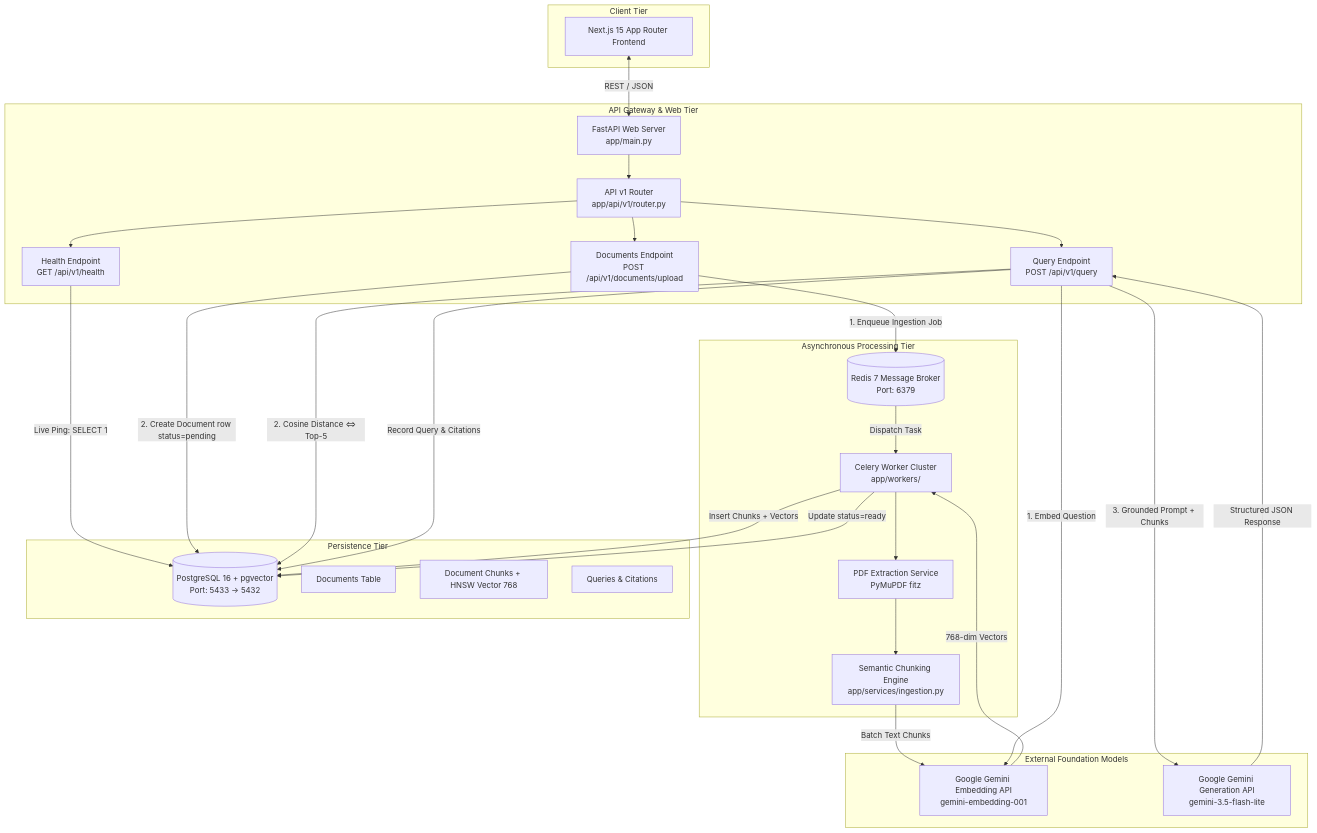
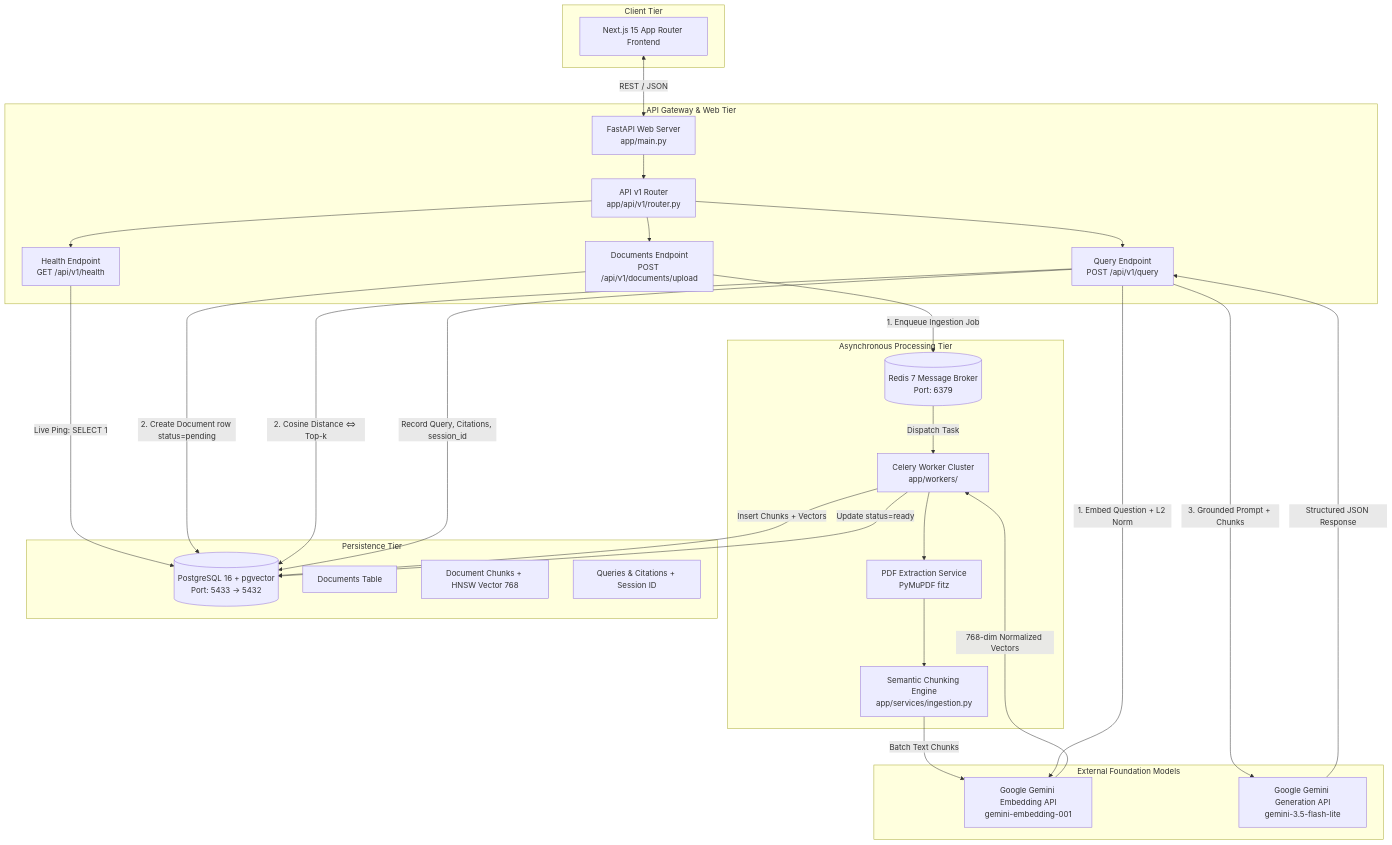
One commit to ConsoleCzar-2/Scanity changed the diagram in docs/ARCHITECTURE.md. Above: the diagram before and after it, drawn with Mermaid. The commit also changed other lines of this file and 17 other files, not shown here.

````diff
--- a/docs/ARCHITECTURE.md
+++ b/docs/ARCHITECTURE.md
@@ -9,57 +9,57 @@
 ```mermaid
 flowchart TB
     subgraph ClientLayer [Client Tier]
         FE[Next.js 15 App Router Frontend]
     end
 
     subgraph APILayer [API Gateway & Web Tier]
         FastAPI[FastAPI Web Server<br/>app/main.py]
         Router[API v1 Router<br/>app/api/v1/router.py]
         Health[Health Endpoint<br/>GET /api/v1/health]
         DocAPI[Documents Endpoint<br/>POST /api/v1/documents/upload]
         QueryAPI[Query Endpoint<br/>POST /api/v1/query]
     end
 
     subgraph ProcessingLayer [Asynchronous Processing Tier]
         Redis[(Redis 7 Message Broker<br/>Port: 6379)]
         CeleryWorker[Celery Worker Cluster<br/>app/workers/]
         PyMuPDF[PDF Extraction Service<br/>PyMuPDF fitz]
         Chunker[Semantic Chunking Engine<br/>app/services/ingestion.py]
     end
 
     subgraph StorageLayer [Persistence Tier]
         Postgres[(PostgreSQL 16 + pgvector<br/>Port: 5433 -> 5432)]
         DocTable[Documents Table]
         ChunkTable[Document Chunks + HNSW Vector 768]
-        QueryTable[Queries & Citations]
+        QueryTable[Queries & Citations + Session ID]
     end
 
     subgraph ExternalServices [External Foundation Models]
         GeminiEmbed[Google Gemini Embedding API<br/>gemini-embedding-001]
         GeminiLLM[Google Gemini Generation API<br/>gemini-3.5-flash-lite]
     end
 
     FE <-->|REST / JSON| FastAPI
     FastAPI --> Router
     Router --> Health
     Router --> DocAPI
     Router --> QueryAPI
 
     Health -->|Live Ping: SELECT 1| Postgres
     DocAPI -->|1. Enqueue Ingestion Job| Redis
     DocAPI -->|2. Create Document row status=pending| Postgres
 
     Redis -->|Dispatch Task| CeleryWorker
     CeleryWorker --> PyMuPDF
     PyMuPDF --> Chunker
     Chunker -->|Batch Text Chunks| GeminiEmbed
-    GeminiEmbed -->|768-dim Vectors| CeleryWorker
+    GeminiEmbed -->|768-dim Normalized Vectors| CeleryWorker
     CeleryWorker -->|Insert Chunks + Vectors| Postgres
     CeleryWorker -->|Update status=ready| Postgres
 
-    QueryAPI -->|1. Embed Question| GeminiEmbed
-    QueryAPI -->|2. Cosine Distance <=> Top-5| Postgres
+    QueryAPI -->|1. Embed Question + L2 Norm| GeminiEmbed
+    QueryAPI -->|2. Cosine Distance <=> Top-k| Postgres
     QueryAPI -->|3. Grounded Prompt + Chunks| GeminiLLM
     GeminiLLM -->|Structured JSON Response| QueryAPI
-    QueryAPI -->|Record Query & Citations| Postgres
+    QueryAPI -->|Record Query, Citations, session_id| Postgres
 ```
````
